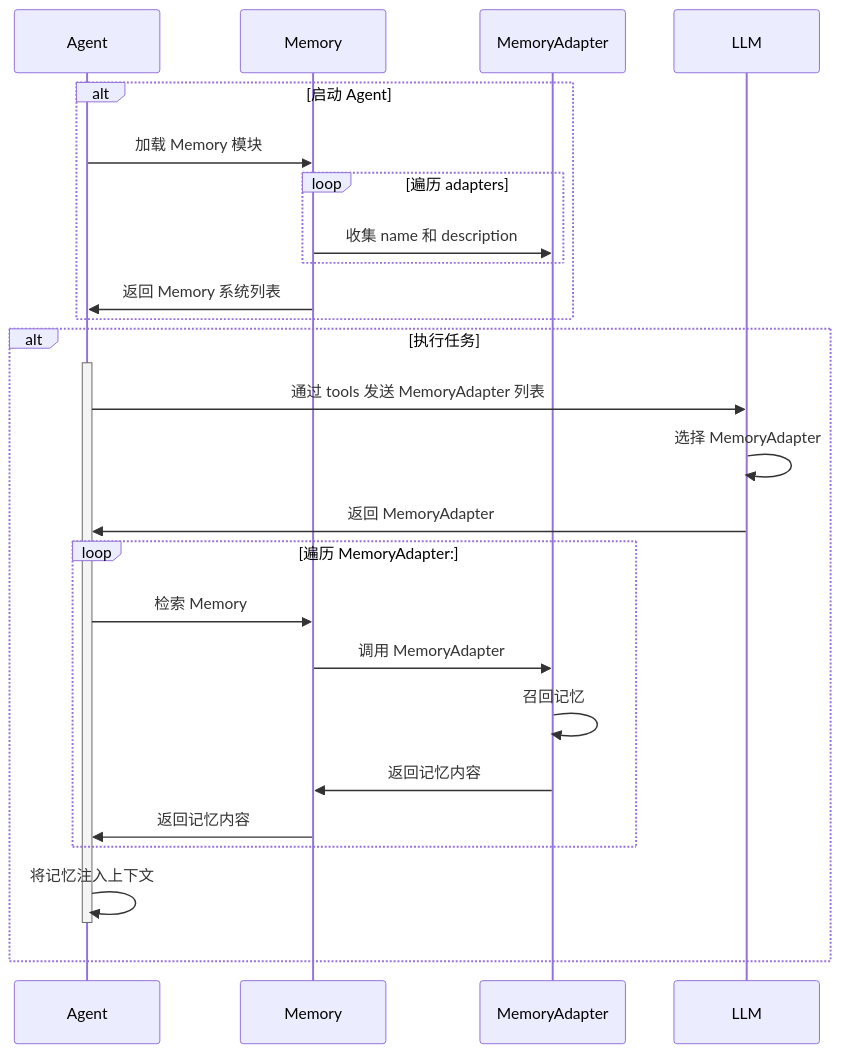
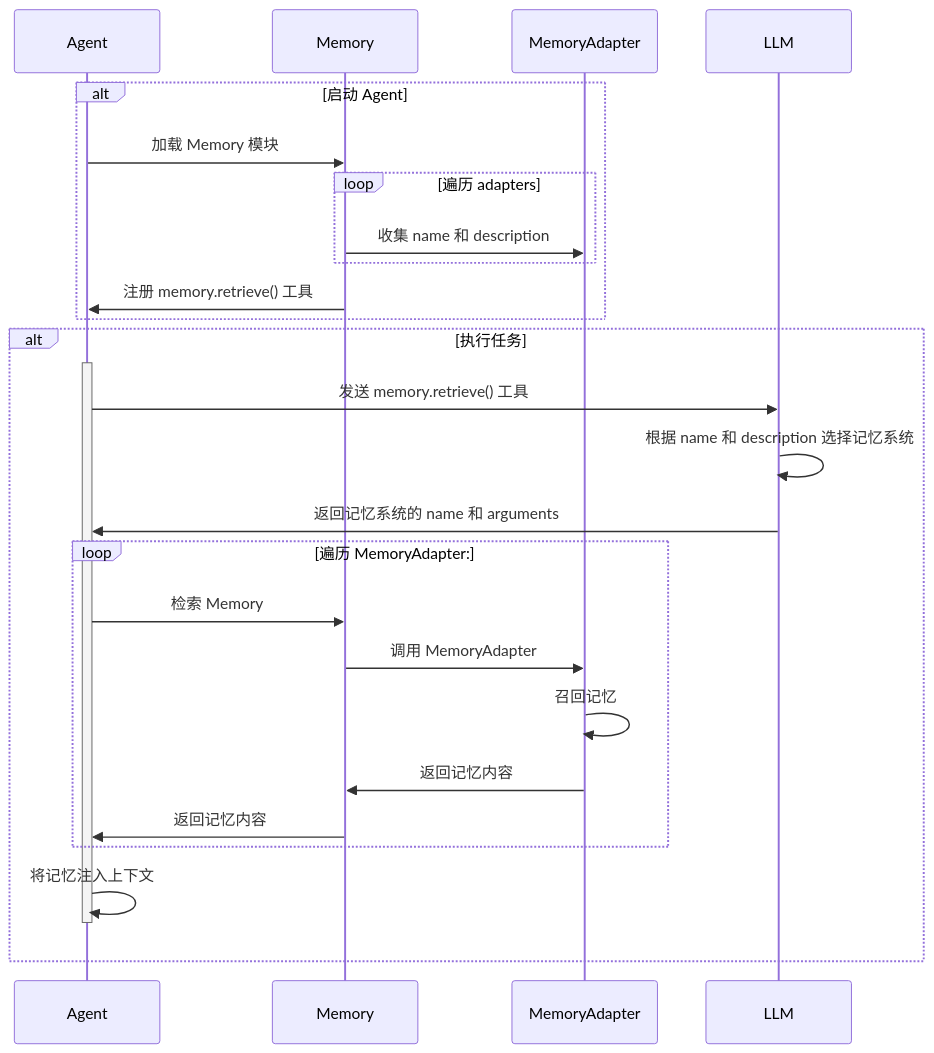
The second of 2 diagrams in design/memory.md (maozy13/walle), drawn with Mermaid before and after one commit. The commit also changed other lines of this file and 10 other files, not shown here.

````diff
--- a/design/memory.md
+++ b/design/memory.md
@@ -39,35 +37,35 @@
 ```mermaid
 
 sequenceDiagram
 
 participant Agent
 participant Memory
 participant MemoryAdapter
 participant LLM
 
 alt 启动 Agent
     Agent ->> Memory: 加载 Memory 模块
     loop 遍历 adapters
         Memory ->> MemoryAdapter: 收集 name 和 description
     end
-    Memory ->> Agent: 返回 Memory 系统列表
+    Memory ->> Agent: 注册 memory.retrieve() 工具
 end
 
 alt 执行任务
     activate Agent
-        Agent ->> LLM: 通过 tools 发送 MemoryAdapter 列表
-        LLM ->> LLM: 选择 MemoryAdapter
-        LLM ->> Agent: 返回 MemoryAdapter
+        Agent ->> LLM: 发送 memory.retrieve() 工具
+        LLM ->> LLM: 根据 name 和 description 选择记忆系统
+        LLM ->> Agent: 返回记忆系统的 name 和 arguments
 
         loop 遍历 MemoryAdapter:
             Agent ->> Memory: 检索 Memory
             Memory ->> MemoryAdapter: 调用 MemoryAdapter
             MemoryAdapter ->> MemoryAdapter: 召回记忆
             MemoryAdapter ->> Memory: 返回记忆内容
             Memory ->> Agent: 返回记忆内容
         end
 
         Agent ->> Agent: 将记忆注入上下文
     deactivate Agent
 end
 ```
````
